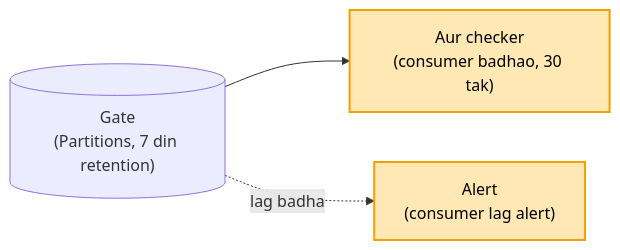
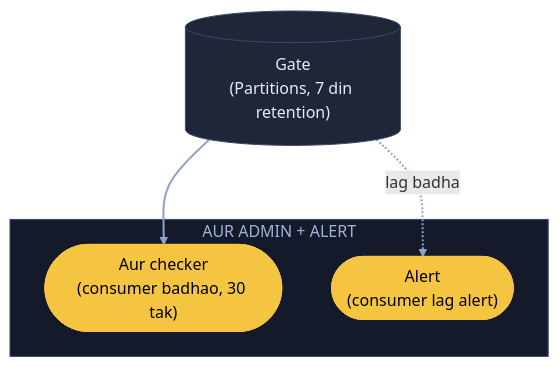
The tenth of 10 diagrams in 04_HLD/SYSTEM_DESIGNS/12_message_queue_kafka/12_message_queue_kafka.md (ArpanMaheshwari144/Prep), drawn with Mermaid before and after one commit. The commit also changed other lines of this file, not shown here.

Commit message:
Kafka: 10 diagram YouTube (reel) wale card andaaz me

````diff
--- a/04_HLD/SYSTEM_DESIGNS/12_message_queue_kafka/12_message_queue_kafka.md
+++ b/04_HLD/SYSTEM_DESIGNS/12_message_queue_kafka/12_message_queue_kafka.md
@@ -233,7 +324,16 @@
 ```mermaid
-flowchart LR
-    G[("Gate<br/>(Partitions, 7 din retention)")] --> C["Aur checker<br/>(consumer badhao, 30 tak)"]
-    G -. "lag badha" .-> A["Alert<br/>(consumer lag alert)"]
-    style C fill:#ffe8b3,stroke:#f59f00,stroke-width:2px,color:#000
-    style A fill:#ffe8b3,stroke:#f59f00,stroke-width:2px,color:#000
+flowchart TB
+    G[("Gate<br/>(Partitions, 7 din retention)")]:::card
+    subgraph AA["AUR ADMIN + ALERT"]
+        C(["Aur checker<br/>(consumer badhao, 30 tak)"]):::pill
+        A(["Alert<br/>(consumer lag alert)"]):::pill
+    end
+    G --> C
+    G -. "lag badha" .-> A
+    linkStyle default stroke:#8fa3c7,stroke-width:2px
+    classDef card fill:#1e2638,stroke:#3a4a6b,color:#e8ecf5
+    classDef pill fill:#f5c542,stroke:#f5c542,color:#000
+    classDef good fill:#2e7d4f,stroke:#3fbf6f,color:#fff
+    classDef bad fill:#5c1f24,stroke:#e05561,color:#fff
+    style AA fill:#141a29,stroke:#3a4a6b,color:#9fb3d9
 ```
````
